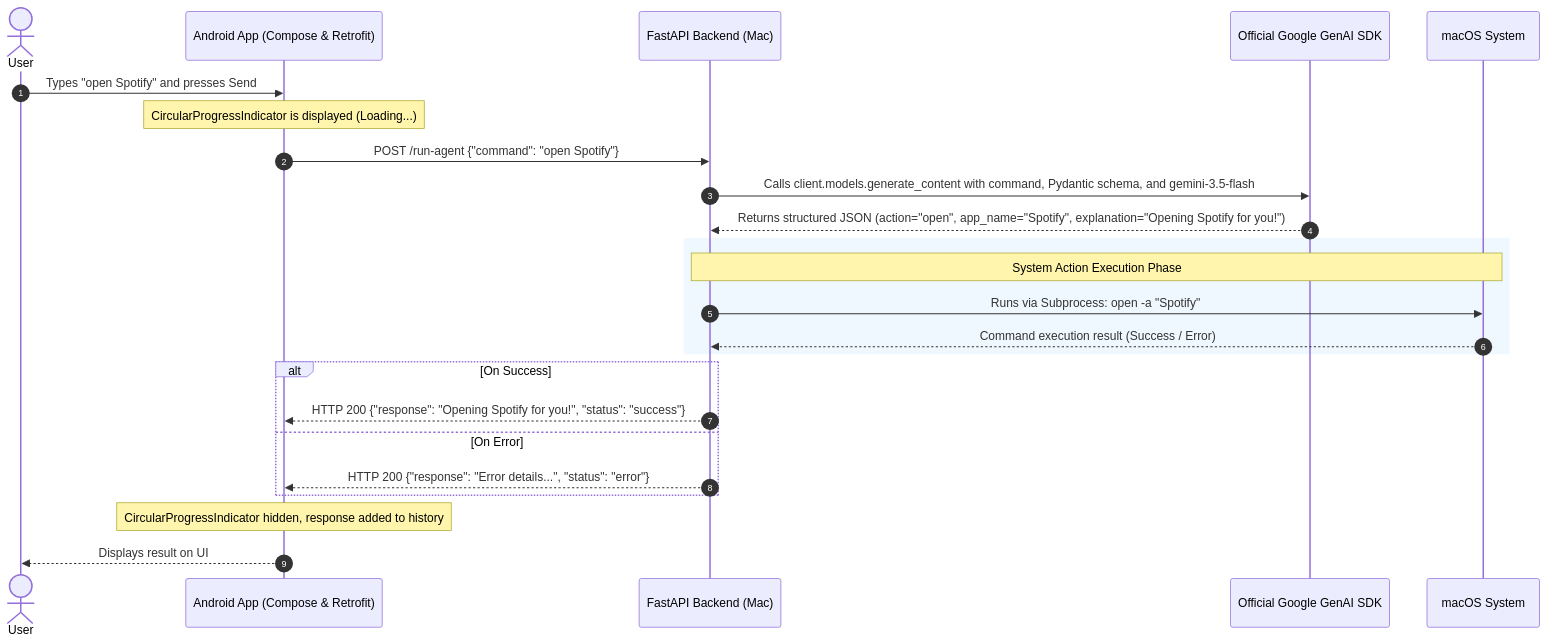
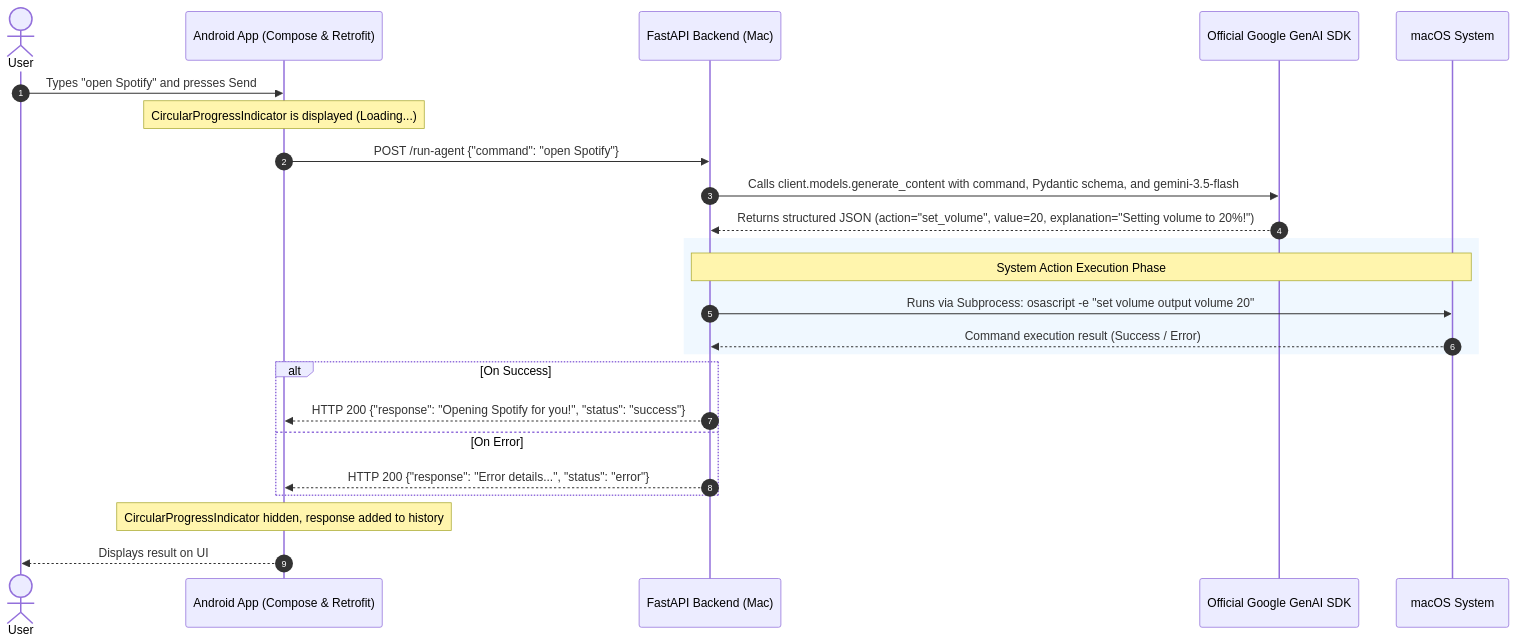
Before and after one commit to Eray-OZ/MacPilot-Agent: the diagram in ARCHITECTURE.md, drawn with Mermaid. The commit also changed other lines of this file and 1 other file, not shown here.

Commit message:
Enhance app control functionality: add volume, mute, lock, sleep, brightness, and media commands

````diff
--- a/ARCHITECTURE.md
+++ b/ARCHITECTURE.md
@@ -62,30 +65,30 @@
 ```mermaid
 sequenceDiagram
     autonumber
     actor User as User
     participant Android as Android App (Compose & Retrofit)
     participant API as FastAPI Backend (Mac)
     participant SDK as Official Google GenAI SDK
     participant OS as macOS System
 
     User->>Android: Types "open Spotify" and presses Send
     Note over Android: CircularProgressIndicator is displayed (Loading...)
     Android->>API: POST /run-agent {"command": "open Spotify"}
     API->>SDK: Calls client.models.generate_content with command, Pydantic schema, and gemini-3.5-flash
-    SDK-->>API: Returns structured JSON (action="open", app_name="Spotify", explanation="Opening Spotify for you!")
+    SDK-->>API: Returns structured JSON (action="set_volume", value=20, explanation="Setting volume to 20%!")
     
     rect rgb(240, 248, 255)
         Note over API, OS: System Action Execution Phase
-        API->>OS: Runs via Subprocess: open -a "Spotify"
+        API->>OS: Runs via Subprocess: osascript -e "set volume output volume 20"
         OS-->>API: Command execution result (Success / Error)
     end
 
     alt On Success
         API-->>Android: HTTP 200 {"response": "Opening Spotify for you!", "status": "success"}
     else On Error
         API-->>Android: HTTP 200 {"response": "Error details...", "status": "error"}
     end
     
     Note over Android: CircularProgressIndicator hidden, response added to history
     Android-->>User: Displays result on UI
 ```
````
